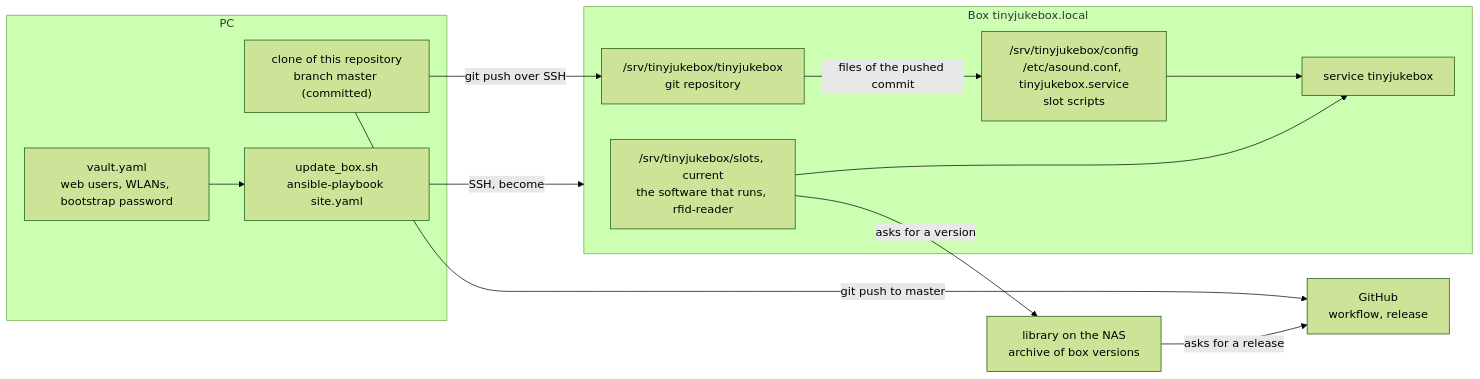
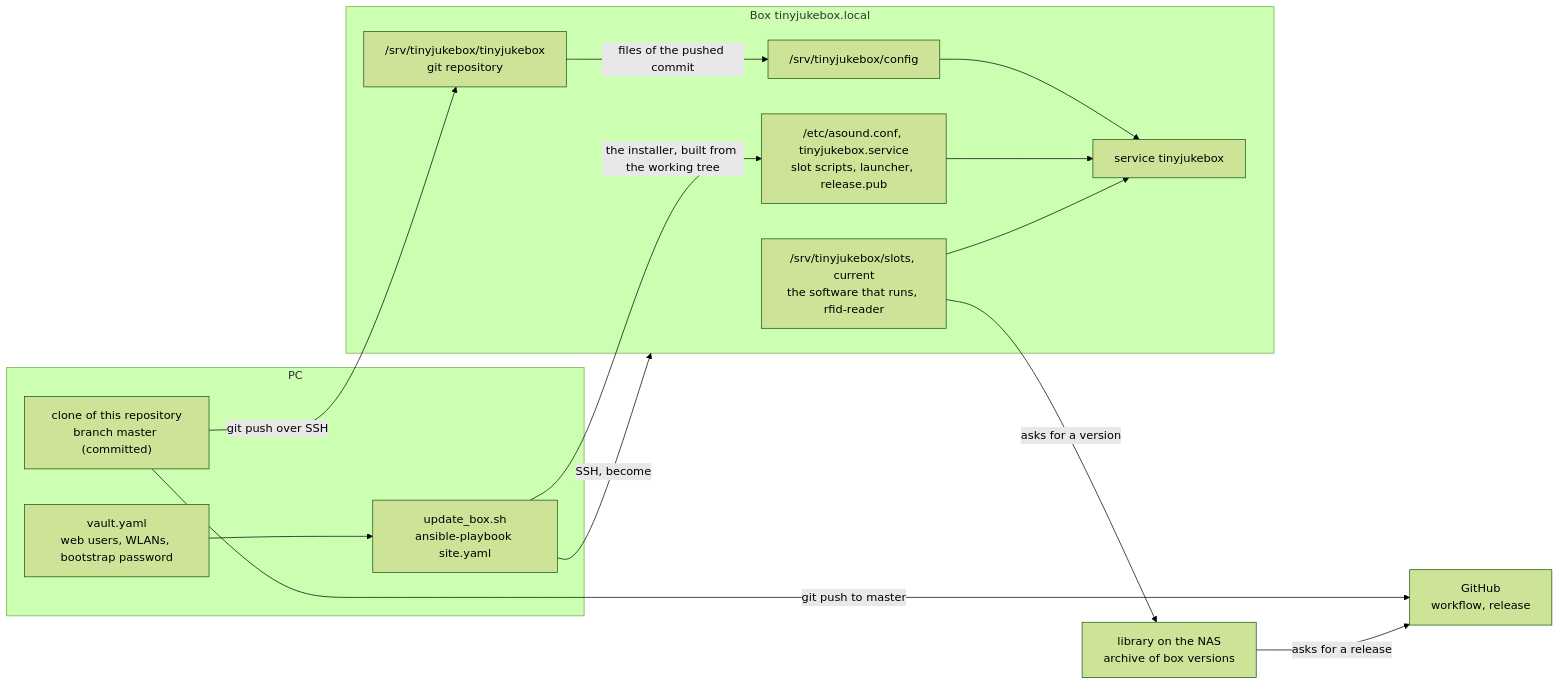
The diagram in docs/developer/deployment.md (tgd1975/tinyjukebox), drawn with Mermaid (forest theme) before and after one commit. The commit also changed other lines of this file and 12 other files, not shown here.

````diff
--- a/docs/developer/deployment.md
+++ b/docs/developer/deployment.md
@@ -12,25 +12,28 @@
 ```mermaid
 flowchart LR
     subgraph pc [PC]
         clone["clone of this repository<br/>branch master (committed)"]
         vault["vault.yaml<br/>web users, WLANs, bootstrap password"]
         play["update_box.sh<br/>ansible-playbook site.yaml"]
     end
     gh["GitHub<br/>workflow, release"]
     lib["library on the NAS<br/>archive of box versions"]
     subgraph box [Box tinyjukebox.local]
         slots["/srv/tinyjukebox/slots, current<br/>the software that runs, rfid-reader"]
         repo["/srv/tinyjukebox/tinyjukebox<br/>git repository"]
-        cfg["/srv/tinyjukebox/config<br/>/etc/asound.conf, tinyjukebox.service<br/>slot scripts"]
+        cfg["/srv/tinyjukebox/config"]
+        sys["/etc/asound.conf, tinyjukebox.service<br/>slot scripts, launcher, release.pub"]
         svc["service tinyjukebox"]
     end
     clone -->|git push to master| gh
     lib -->|asks for a release| gh
     slots -->|asks for a version| lib
     clone -->|git push over SSH| repo
     play -->|SSH, become| box
     vault --> play
     repo -->|files of the pushed commit| cfg
+    play -->|the installer, built from the working tree| sys
     cfg --> svc
+    sys --> svc
     slots --> svc
 ```
````
